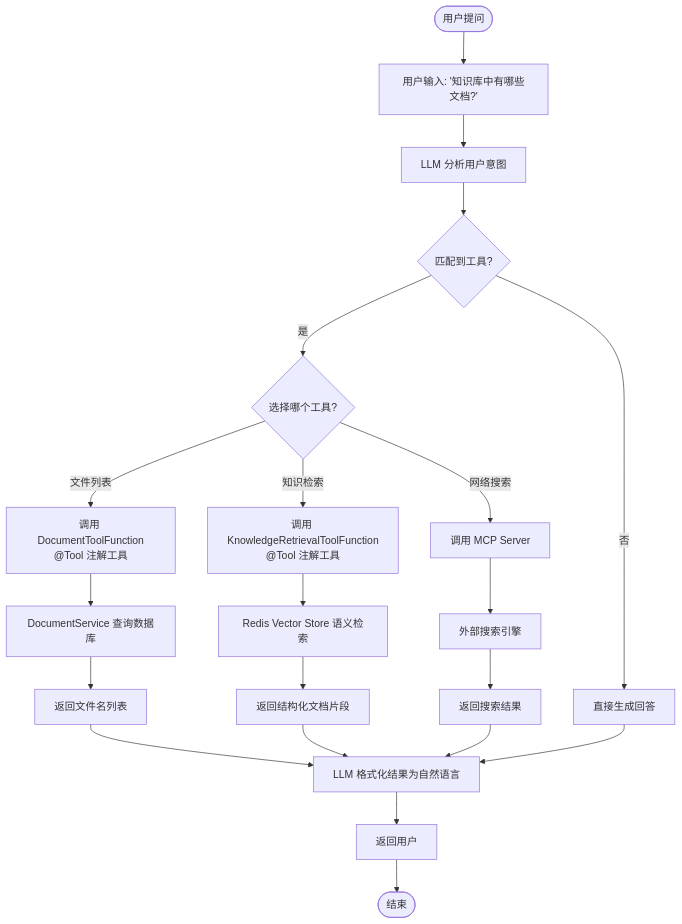
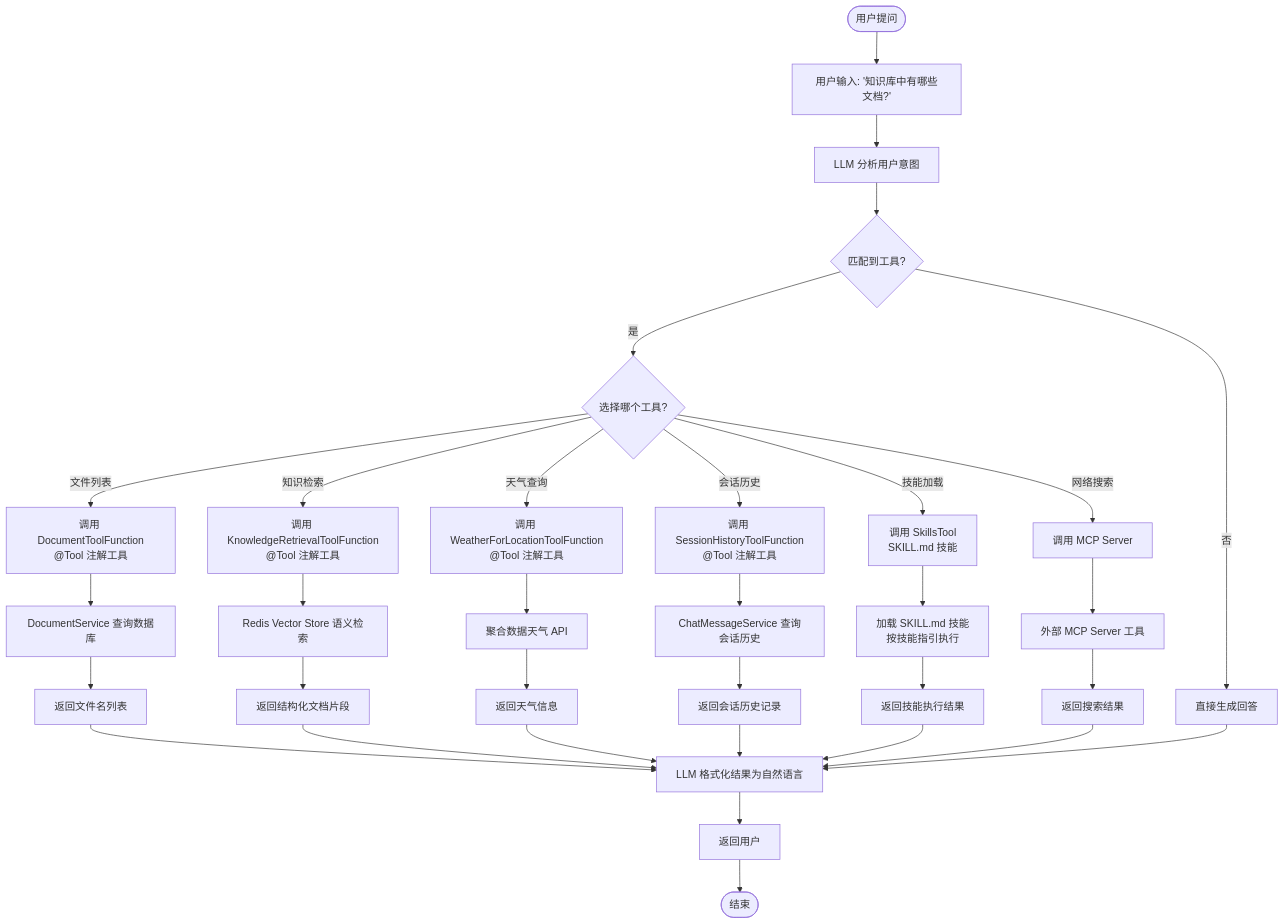
One commit to Utomcat/spring-ai-rag-agent changed the fifth of 6 diagrams in md/architecture.md. Above: the diagram before and after it, drawn with Mermaid. The commit also changed other lines of this file and 10 other files, not shown here.

````diff
--- a/md/architecture.md
+++ b/md/architecture.md
@@ -315,23 +331,35 @@
 ```mermaid
 flowchart TD
     Start([用户提问]) --> Input[用户输入: '知识库中有哪些文档?']
     Input --> LLMAnalyze[LLM 分析用户意图]
     LLMAnalyze --> MatchTool{匹配到工具?}
     MatchTool -->|是| SelectTool{选择哪个工具?}
     MatchTool -->|否| DirectAnswer[直接生成回答]
     SelectTool -->|文件列表| CallDocFunc[调用 DocumentToolFunction<br/>@Tool 注解工具]
     SelectTool -->|知识检索| CallRetrievalFunc[调用 KnowledgeRetrievalToolFunction<br/>@Tool 注解工具]
+    SelectTool -->|天气查询| CallWeatherFunc[调用 WeatherForLocationToolFunction<br/>@Tool 注解工具]
+    SelectTool -->|会话历史| CallSessionFunc[调用 SessionHistoryToolFunction<br/>@Tool 注解工具]
+    SelectTool -->|技能加载| CallSkillsTool[调用 SkillsTool<br/>SKILL.md 技能]
     SelectTool -->|网络搜索| CallMcpServer[调用 MCP Server]
     CallDocFunc --> QueryDB[DocumentService 查询数据库]
     QueryDB --> ReturnList[返回文件名列表]
     CallRetrievalFunc --> VectorSearch[Redis Vector Store 语义检索]
     VectorSearch --> ReturnDocs[返回结构化文档片段]
-    CallMcpServer --> ExternalSearch[外部搜索引擎]
+    CallWeatherFunc --> WeatherAPI[聚合数据天气 API]
+    WeatherAPI --> ReturnWeather[返回天气信息]
+    CallSessionFunc --> QuerySession[ChatMessageService 查询会话历史]
+    QuerySession --> ReturnHistory[返回会话历史记录]
+    CallSkillsTool --> LoadSkill[加载 SKILL.md 技能<br/>按技能指引执行]
+    LoadSkill --> ReturnSkillResult[返回技能执行结果]
+    CallMcpServer --> ExternalSearch[外部 MCP Server 工具]
     ExternalSearch --> ReturnResults[返回搜索结果]
     ReturnList --> LLMFormat[LLM 格式化结果为自然语言]
     ReturnDocs --> LLMFormat
+    ReturnWeather --> LLMFormat
+    ReturnHistory --> LLMFormat
+    ReturnSkillResult --> LLMFormat
     ReturnResults --> LLMFormat
     DirectAnswer --> LLMFormat
     LLMFormat --> Response[返回用户]
     Response --> End([结束])
 ```
````
